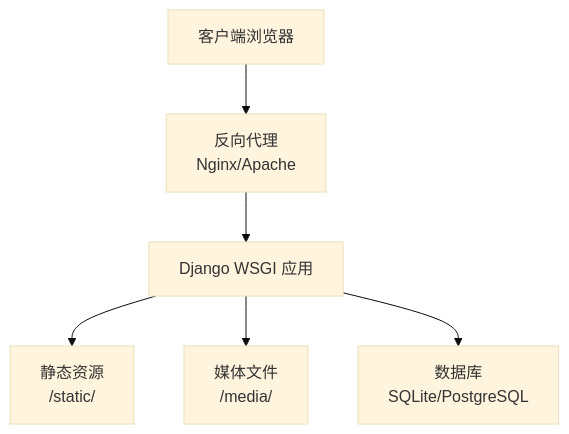
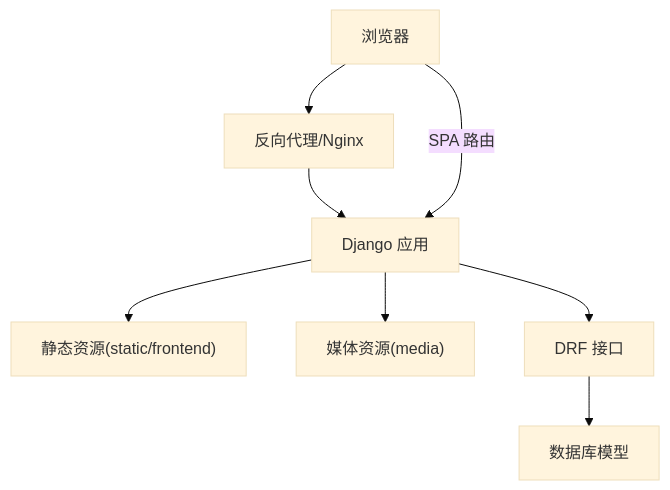
Before and after one commit to Blaipchi/LLM_AIfriends: the second of 6 diagrams in .qoder/repowiki/zh/content/部署指南/部署指南.md, drawn with Mermaid (base theme). The commit also changed other lines of this file and 89 other files, not shown here.

````diff
--- a/.qoder/repowiki/zh/content/部署指南/部署指南.md
+++ b/.qoder/repowiki/zh/content/部署指南/部署指南.md
@@ -117,8 +117,10 @@
 ```mermaid
 graph TB
-Client["客户端浏览器"] --> Proxy["反向代理<br/>Nginx/Apache"]
-Proxy --> DjangoWSGI["Django WSGI 应用"]
-DjangoWSGI --> StaticFiles["静态资源<br/>/static/"]
-DjangoWSGI --> MediaFiles["媒体文件<br/>/media/"]
-DjangoWSGI --> DB["数据库<br/>SQLite/PostgreSQL"]
+Browser["浏览器"] --> Nginx["反向代理/Nginx"]
+Nginx --> Django["Django 应用"]
+Django --> Static["静态资源(static/frontend)"]
+Django --> Media["媒体资源(media)"]
+Django --> DRF["DRF 接口"]
+DRF --> Models["数据库模型"]
+Browser --> |SPA 路由| Django
 ```
````
